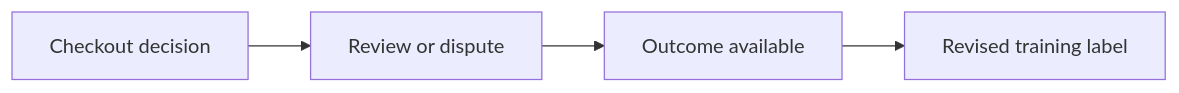
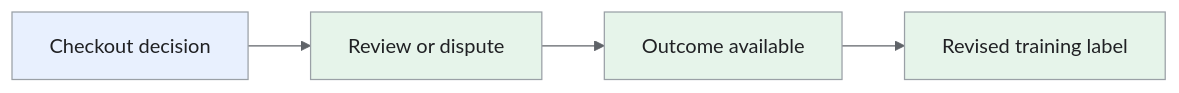
One commit to iliazlobin/iliazlobin.github.io changed the fourth of 4 diagrams in _designs/system-design-ml-fraud-detection.md. Above: the diagram before and after it, drawn with Mermaid. The commit also changed other lines of this file and 25 other files, not shown here.

Commit message:
docs: explain Batch B design flows and tradeoffs

````diff
--- a/_designs/system-design-ml-fraud-detection.md
+++ b/_designs/system-design-ml-fraud-detection.md
@@ -246,6 +309,13 @@
 ```mermaid
+%%{init: {'theme':'base','themeVariables':{'primaryColor':'#e8f0fe','primaryTextColor':'#202124','primaryBorderColor':'#9aa0a6','lineColor':'#5f6368','secondaryColor':'#e6f4ea','tertiaryColor':'#fef7e0','actorBkg':'#e8f0fe','actorBorder':'#9aa0a6','actorTextColor':'#202124','noteBkgColor':'#fef7e0','noteTextColor':'#202124','noteBorderColor':'#9aa0a6','signalColor':'#5f6368','signalTextColor':'#202124','labelBoxBkgColor':'#fef7e0','labelBoxBorderColor':'#9aa0a6'}}}%%
 flowchart LR
     A["Checkout decision"] --> B["Review or dispute"]
     B --> C["Outcome available"]
     C --> D["Revised training label"]
+classDef request fill:#e8f0fe,stroke:#9aa0a6,color:#202124;
+classDef data fill:#e6f4ea,stroke:#9aa0a6,color:#202124;
+classDef control fill:#fef7e0,stroke:#9aa0a6,color:#202124;
+class A request;
+class B,C,D data;
+
 ```
````
